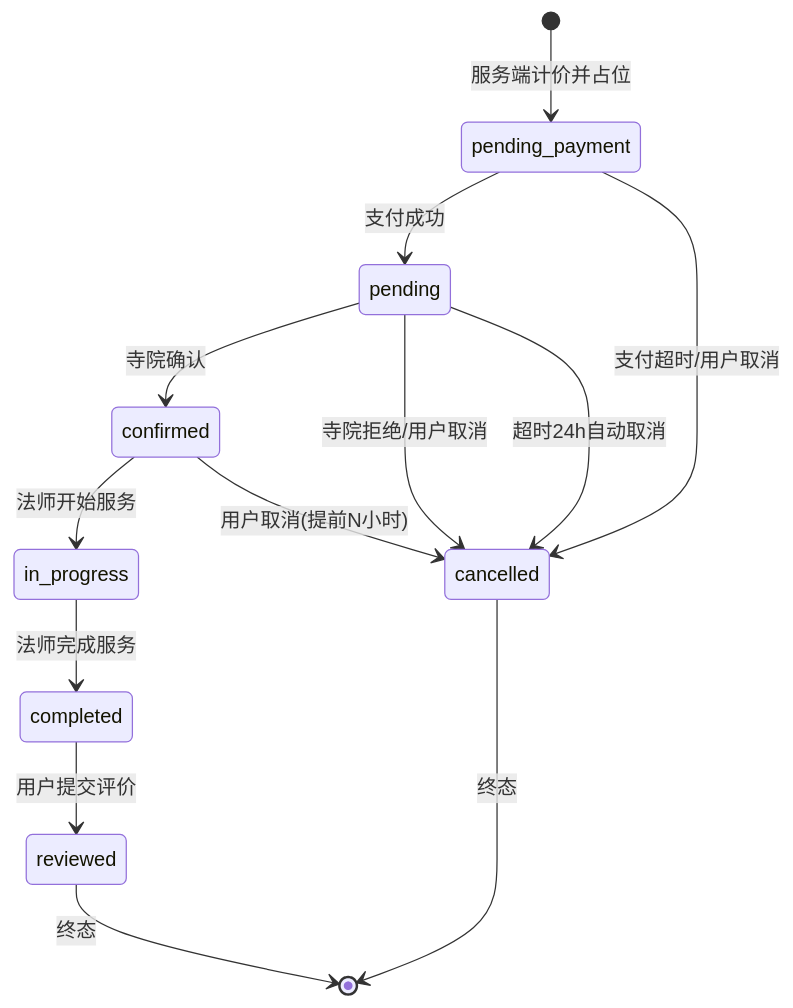
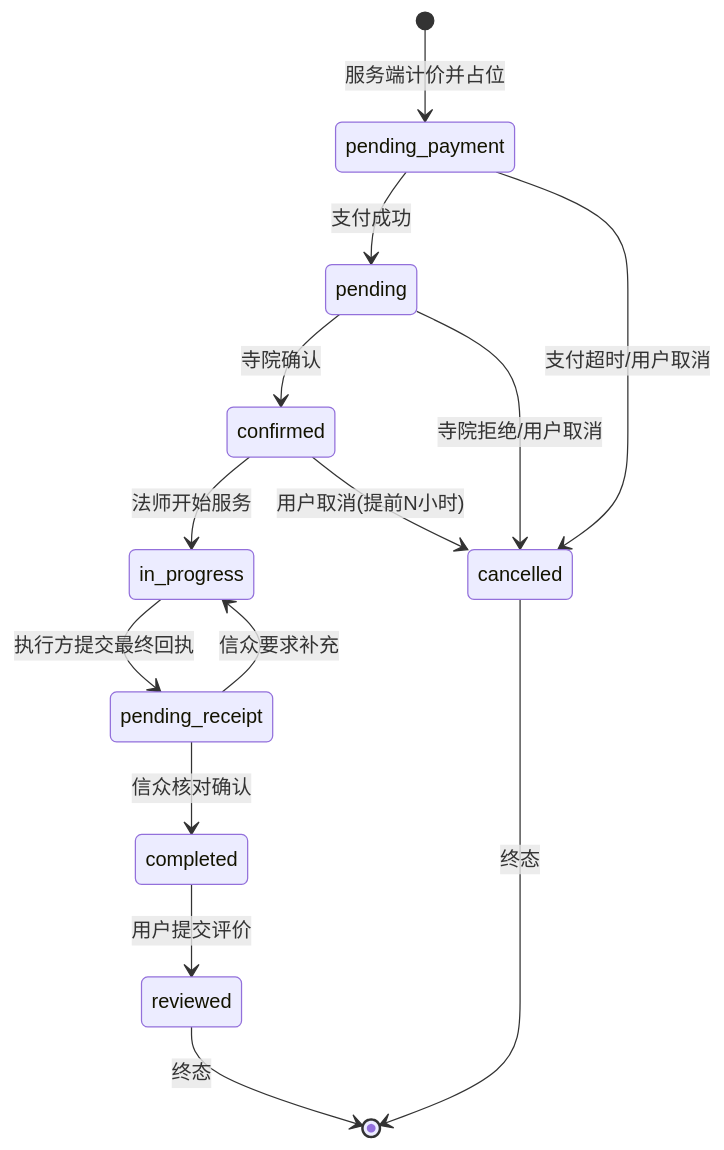
The first of 20 diagrams in docs/architecture/状态机.md (askxuan-dongfang/askxuan-docs), drawn with Mermaid before and after one commit. The commit also changed other lines of this file and 38 other files, not shown here.

````diff
--- a/docs/architecture/状态机.md
+++ b/docs/architecture/状态机.md
@@ -25,15 +28,16 @@
 ```mermaid
 stateDiagram-v2
 	[*] --> pending_payment: 服务端计价并占位
 	pending_payment --> pending: 支付成功
 	pending_payment --> cancelled: 支付超时/用户取消
     pending --> confirmed: 寺院确认
     pending --> cancelled: 寺院拒绝/用户取消
-    pending --> cancelled: 超时24h自动取消
     confirmed --> in_progress: 法师开始服务
     confirmed --> cancelled: 用户取消(提前N小时)
-    in_progress --> completed: 法师完成服务
+    in_progress --> pending_receipt: 执行方提交最终回执
+    pending_receipt --> in_progress: 信众要求补充
+    pending_receipt --> completed: 信众核对确认
     completed --> reviewed: 用户提交评价
     reviewed --> [*]: 终态
     cancelled --> [*]: 终态
 ```
````
